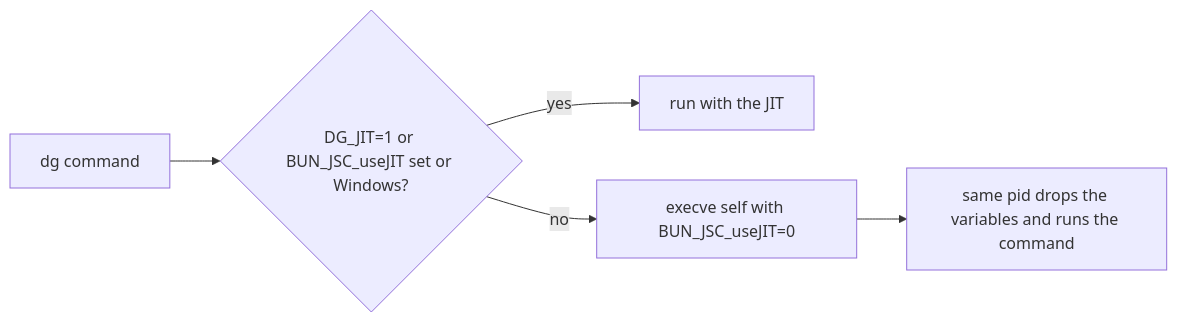
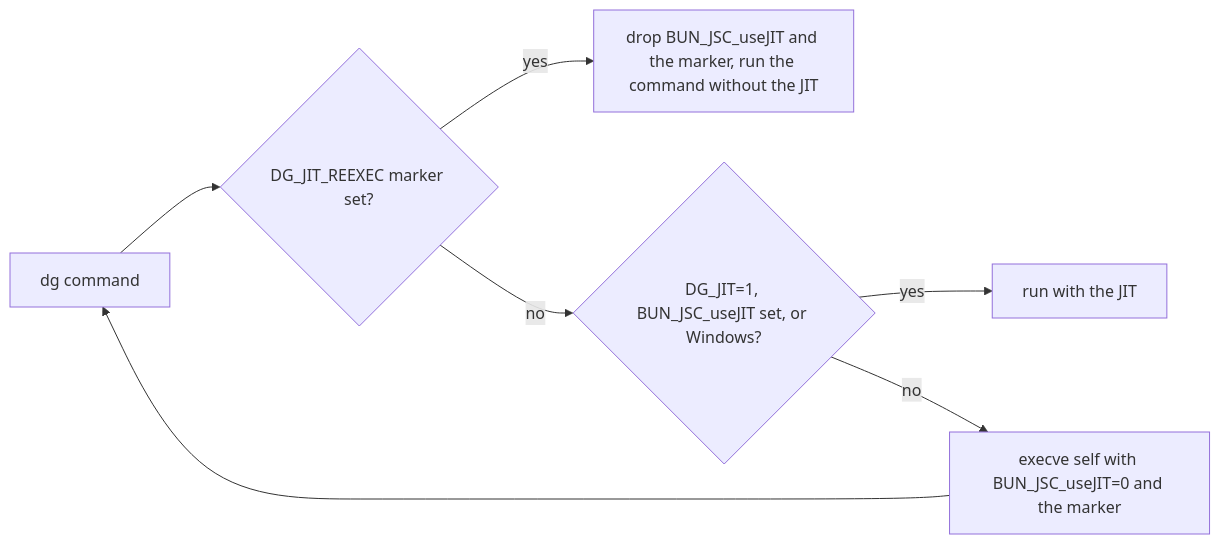
The diagram in docs/adr/0057-every-dg-command-runs-without-the-jit.md (detailedghost/dg-ai), drawn with Mermaid before and after one commit. The commit also changed other lines of this file and 8 other files, not shown here.

````diff
--- a/docs/adr/0057-every-dg-command-runs-without-the-jit.md
+++ b/docs/adr/0057-every-dg-command-runs-without-the-jit.md
@@ -43,7 +47,9 @@
 ```mermaid
 flowchart LR
-  A[dg command] --> B{DG_JIT=1 or BUN_JSC_useJIT set or Windows?}
+  A[dg command] --> M{DG_JIT_REEXEC marker set?}
+  M -- yes --> E[drop BUN_JSC_useJIT and the marker, run the command without the JIT]
+  M -- no --> B{DG_JIT=1, BUN_JSC_useJIT set, or Windows?}
   B -- yes --> D[run with the JIT]
-  B -- no --> C[execve self with BUN_JSC_useJIT=0]
-  C --> E[same pid drops the variables and runs the command]
+  B -- no --> C[execve self with BUN_JSC_useJIT=0 and the marker]
+  C --> A
 ```
````
